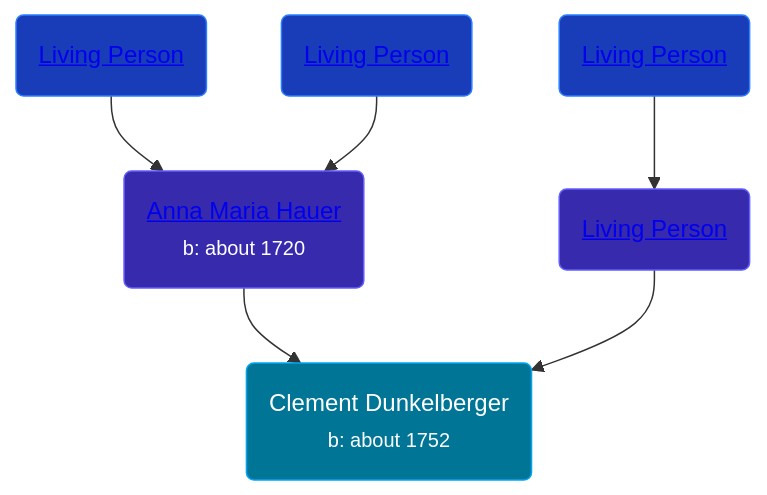
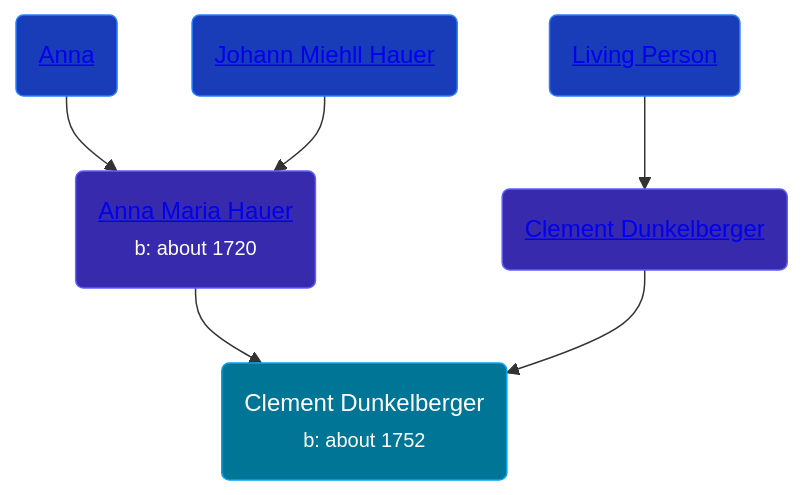
The diagram in pages/people/7/75287884.md (wpmgotkh/wpmgotkh.github.io), drawn with Mermaid before and after one commit. The commit also changed other lines of this file and 586 other files, not shown here.

Commit message:
feat: better shouldConsiderPersonLiving algo

````diff
--- a/pages/people/7/75287884.md
+++ b/pages/people/7/75287884.md
@@ -11,12 +11,12 @@
 ```mermaid
 graph
 classDef grands fill:#193cb8,stroke:#2b7fff,stroke-width:1px,color:#fff;
 classDef parents fill:#372aac,stroke:#615fff,stroke-width:1px,color:#fff;
 classDef primary fill:#007595,stroke:#00a6f4,stroke-width:1px,color:#fff;
 75287884(Clement Dunkelberger<br /><small>b: about 1752</small>):::primary
 22963774(<a class="text-white" href="/people/2/22963774">Anna Maria Hauer</a><br /><small>b: about 1720</small>):::parents-->75287884
-46044031(<a class="text-white" href="/people/4/46044031">Living Person</a>):::grands-->22963774
-22920858(<a class="text-white" href="/people/2/22920858">Living Person</a>):::grands-->22963774
-13545057(<a class="text-white" href="/people/1/13545057">Living Person</a>):::parents-->75287884
+46044031(<a class="text-white" href="/people/4/46044031">Anna </a>):::grands-->22963774
+22920858(<a class="text-white" href="/people/2/22920858">Johann Miehll Hauer</a>):::grands-->22963774
+13545057(<a class="text-white" href="/people/1/13545057">Clement Dunkelberger</a>):::parents-->75287884
 18284468(<a class="text-white" href="/people/1/18284468">Living Person</a>):::grands-->13545057
 ```
````
